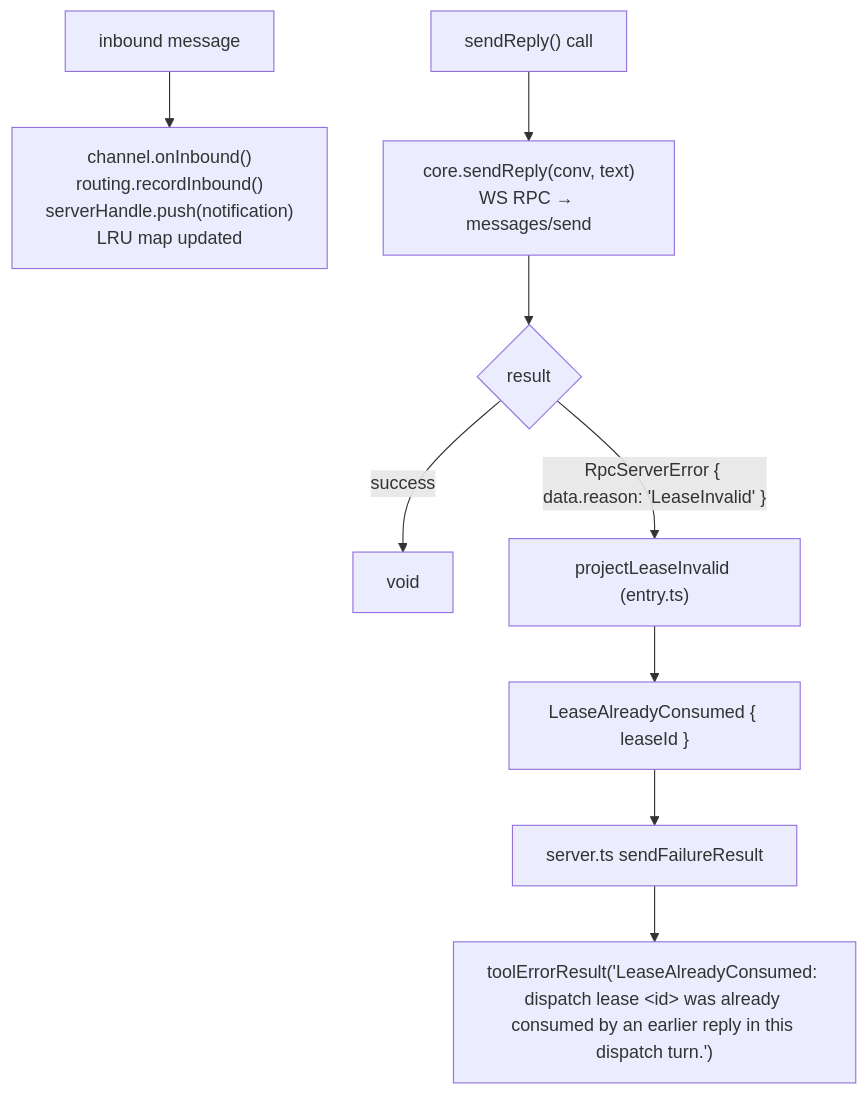
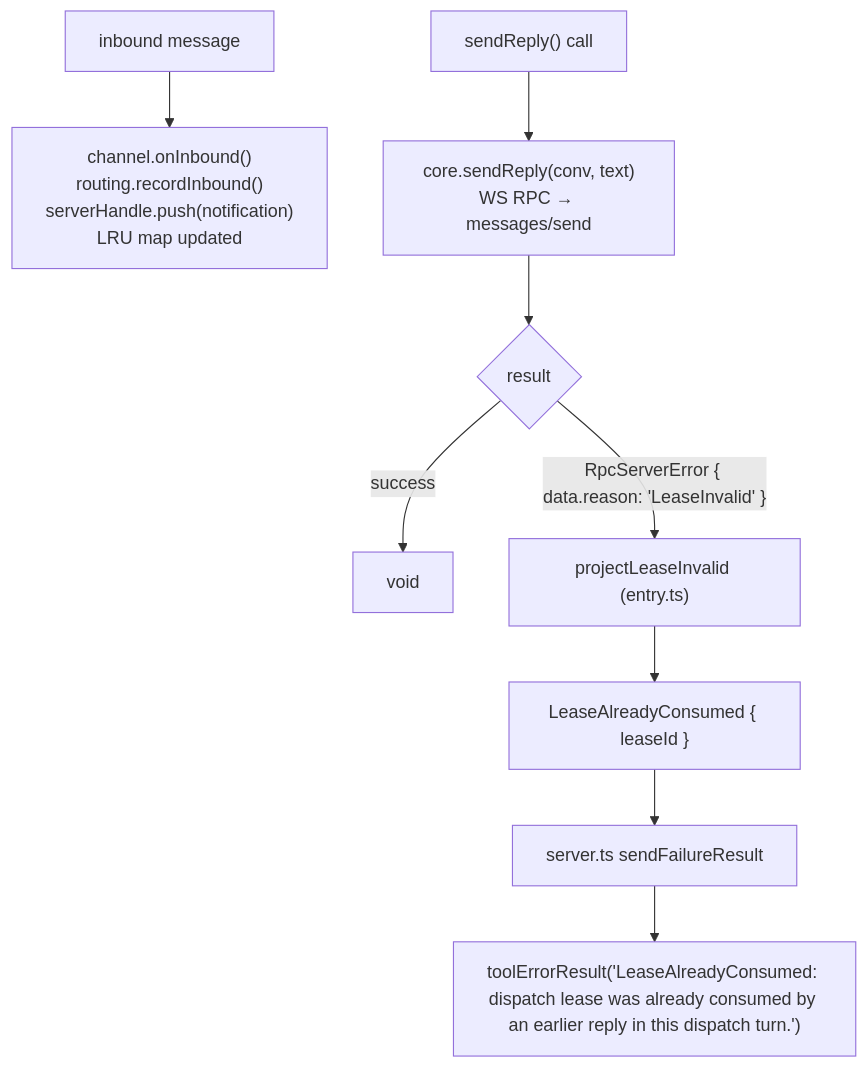
One commit to chughtapan/moltzap changed the diagram in packages/claude-code-channel/docs/architecture/04-lease-state-machine.md. Above: the diagram before and after it, drawn with Mermaid. The commit also changed other lines of this file and 2 other files, not shown here.

````diff
--- a/packages/claude-code-channel/docs/architecture/04-lease-state-machine.md
+++ b/packages/claude-code-channel/docs/architecture/04-lease-state-machine.md
@@ -22,11 +15,11 @@
 ```mermaid
 flowchart TD
     A["inbound message"] --> B["channel.onInbound()<br>routing.recordInbound()<br>serverHandle.push(notification)<br>LRU map updated"]
     C["sendReply() call"] --> D["core.sendReply(conv, text)<br>WS RPC → messages/send"]
     D --> E{result}
     E -->|success| F["void"]
     E -->|"RpcServerError { data.reason: 'LeaseInvalid' }"| G["projectLeaseInvalid (entry.ts)"]
     G --> H["LeaseAlreadyConsumed { leaseId }"]
     H --> I["server.ts sendFailureResult"]
-    I --> J["toolErrorResult('LeaseAlreadyConsumed: dispatch lease &lt;id&gt; was already consumed by an earlier reply in this dispatch turn.')"]
+    I --> J["toolErrorResult('LeaseAlreadyConsumed: dispatch lease was already consumed by an earlier reply in this dispatch turn.')"]
 ```
````
